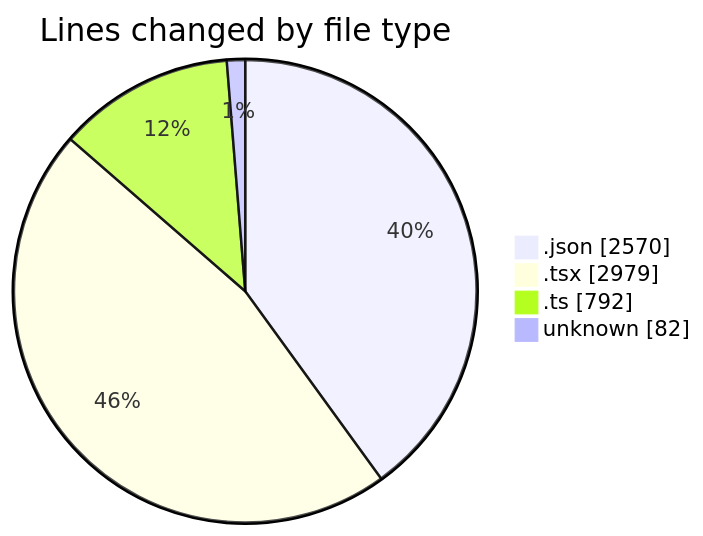
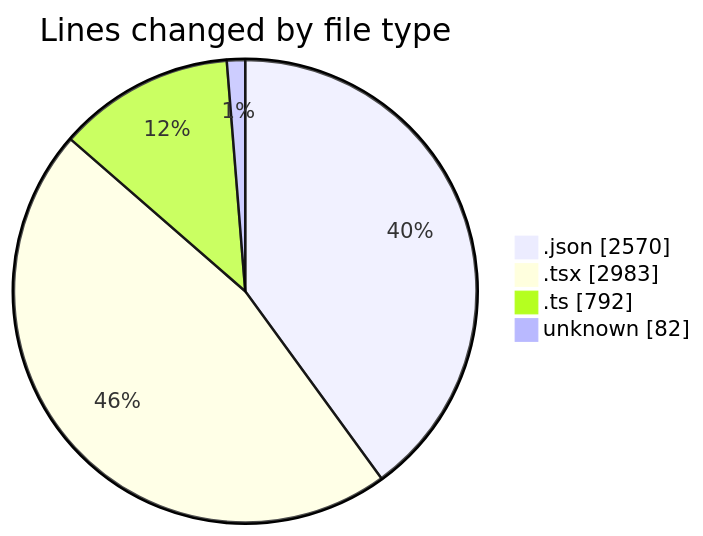
The first of 2 diagrams in 2025-10-29/eventscop-frontend-guide__workspace_/README.md (julien-gomy/code-tracking), drawn with Mermaid before and after one commit. The commit also changed other lines of this file and 1 other file, not shown here.

````diff
--- a/2025-10-29/eventscop-frontend-guide__workspace_/README.md
+++ b/2025-10-29/eventscop-frontend-guide__workspace_/README.md
@@ -55,8 +55,8 @@
 ```mermaid
 pie showData
 title Lines changed by file type
 ".json" : 2570
-".tsx" : 2979
+".tsx" : 2983
 ".ts" : 792
 "unknown" : 82
 ```
````
